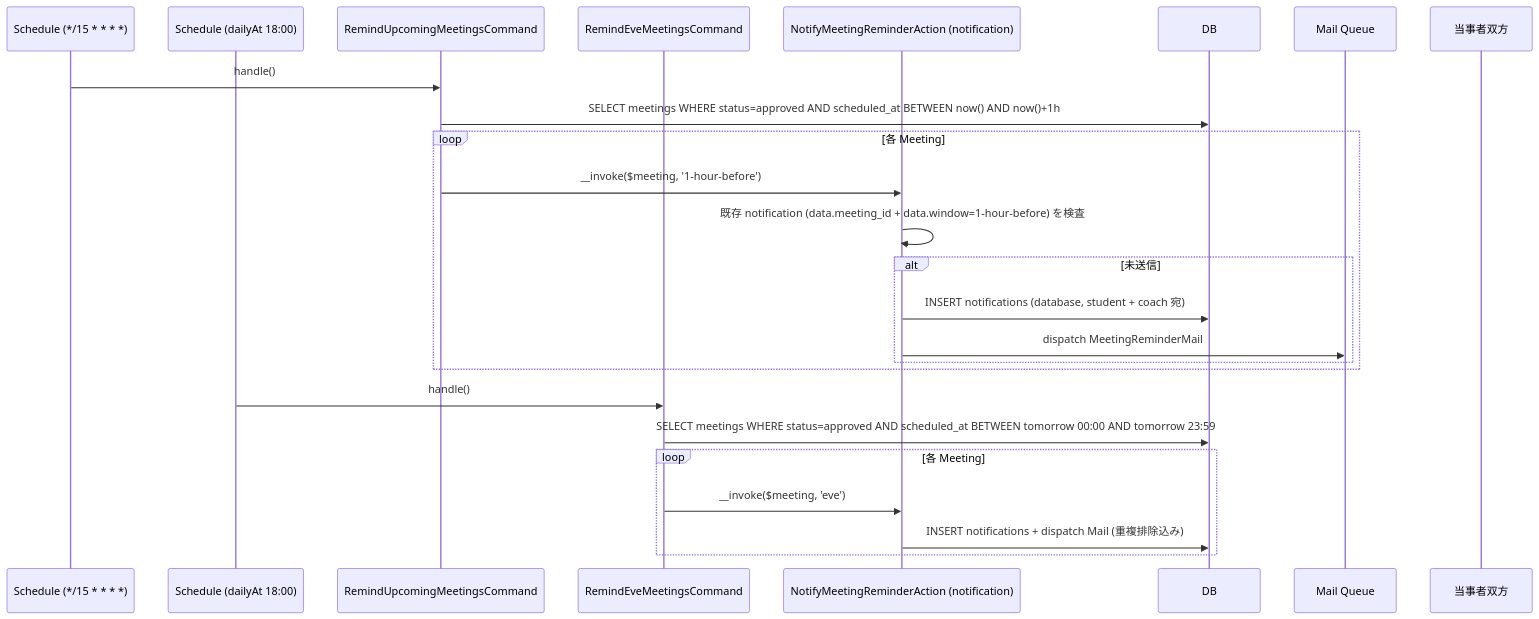
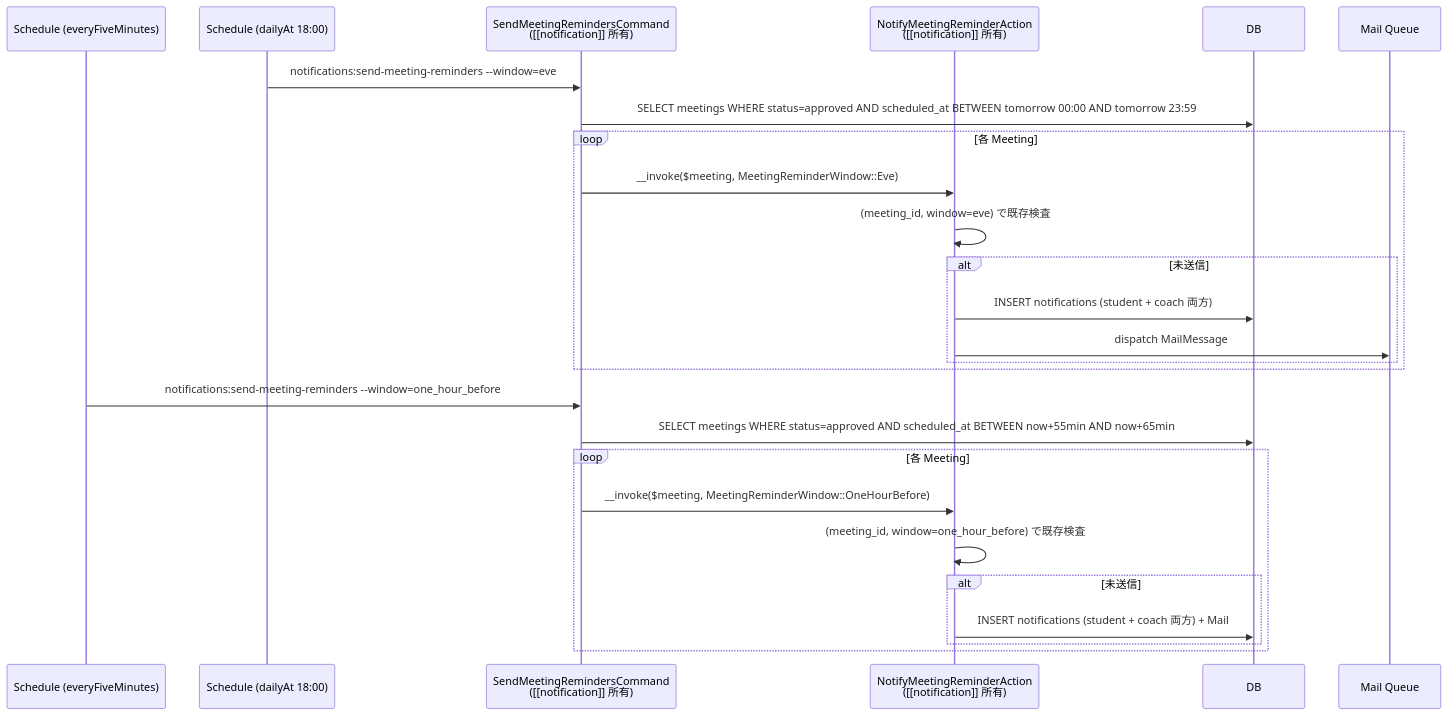
Before and after one commit to coachtech-mockcase-second/ExampleAnswer-mockcase-CertifyLMS: the third of 5 diagrams in docs/specs/mentoring/design.md, drawn with Mermaid. The commit also changed other lines of this file and 17 other files, not shown here.

````diff
--- a/docs/specs/mentoring/design.md
+++ b/docs/specs/mentoring/design.md
@@ -88,29 +88,30 @@
 ```mermaid
 sequenceDiagram
-    participant Cron15 as Schedule (*/15 * * * *)
+    participant Cron5min as Schedule (everyFiveMinutes)
     participant Cron18 as Schedule (dailyAt 18:00)
-    participant RC as RemindUpcomingMeetingsCommand
-    participant RE as RemindEveMeetingsCommand
-    participant NR as NotifyMeetingReminderAction (notification)
+    participant Cmd as SendMeetingRemindersCommand<br/>([[notification]] 所有)
+    participant NR as NotifyMeetingReminderAction<br/>([[notification]] 所有)
     participant DB as DB
     participant Mail as Mail Queue
-    participant Both as 当事者双方
 
-    Cron15->>RC: handle()
-    RC->>DB: SELECT meetings WHERE status=approved AND scheduled_at BETWEEN now() AND now()+1h
+    Cron18->>Cmd: notifications:send-meeting-reminders --window=eve
+    Cmd->>DB: SELECT meetings WHERE status=approved AND scheduled_at BETWEEN tomorrow 00:00 AND tomorrow 23:59
     loop 各 Meeting
-        RC->>NR: __invoke($meeting, '1-hour-before')
-        NR->>NR: 既存 notification (data.meeting_id + data.window=1-hour-before) を検査
+        Cmd->>NR: __invoke($meeting, MeetingReminderWindow::Eve)
+        NR->>NR: (meeting_id, window=eve) で既存検査
         alt 未送信
-            NR->>DB: INSERT notifications (database, student + coach 宛)
-            NR->>Mail: dispatch MeetingReminderMail
+            NR->>DB: INSERT notifications (student + coach 両方)
+            NR->>Mail: dispatch MailMessage
         end
     end
 
-    Cron18->>RE: handle()
-    RE->>DB: SELECT meetings WHERE status=approved AND scheduled_at BETWEEN tomorrow 00:00 AND tomorrow 23:59
+    Cron5min->>Cmd: notifications:send-meeting-reminders --window=one_hour_before
+    Cmd->>DB: SELECT meetings WHERE status=approved AND scheduled_at BETWEEN now+55min AND now+65min
     loop 各 Meeting
-        RE->>NR: __invoke($meeting, 'eve')
-        NR->>DB: INSERT notifications + dispatch Mail (重複排除込み)
+        Cmd->>NR: __invoke($meeting, MeetingReminderWindow::OneHourBefore)
+        NR->>NR: (meeting_id, window=one_hour_before) で既存検査
+        alt 未送信
+            NR->>DB: INSERT notifications (student + coach 両方) + Mail
+        end
     end
 ```
````
